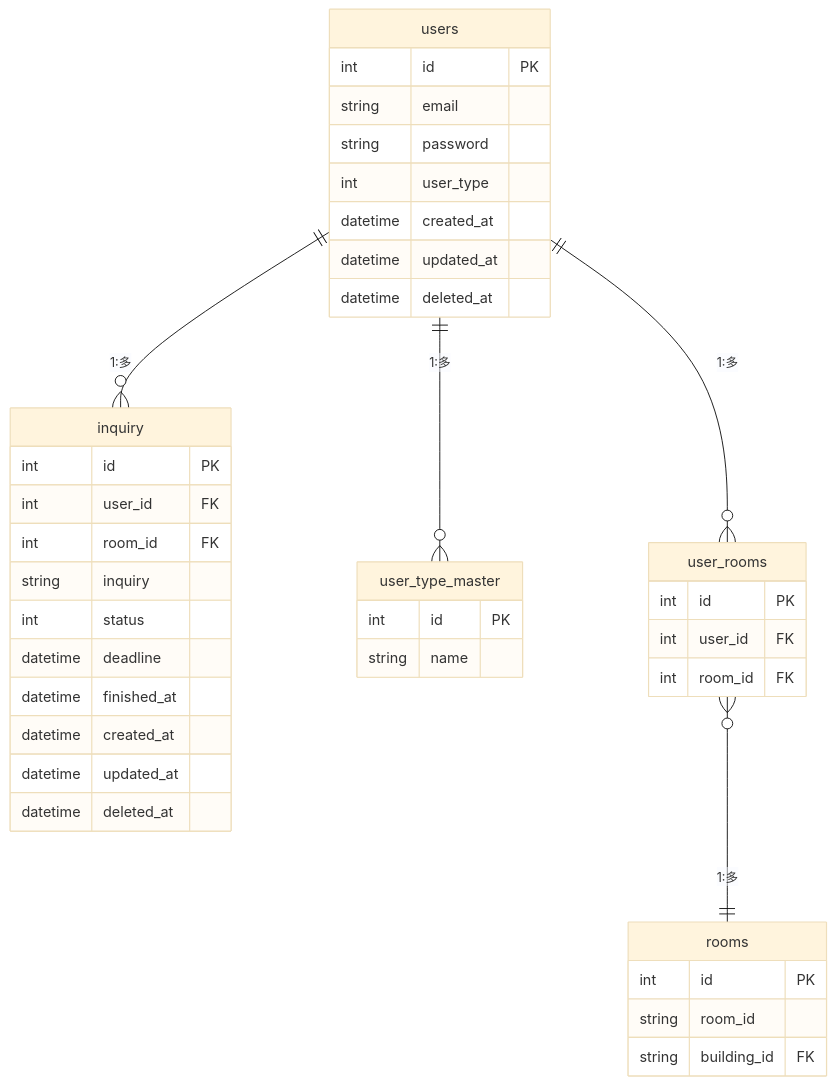
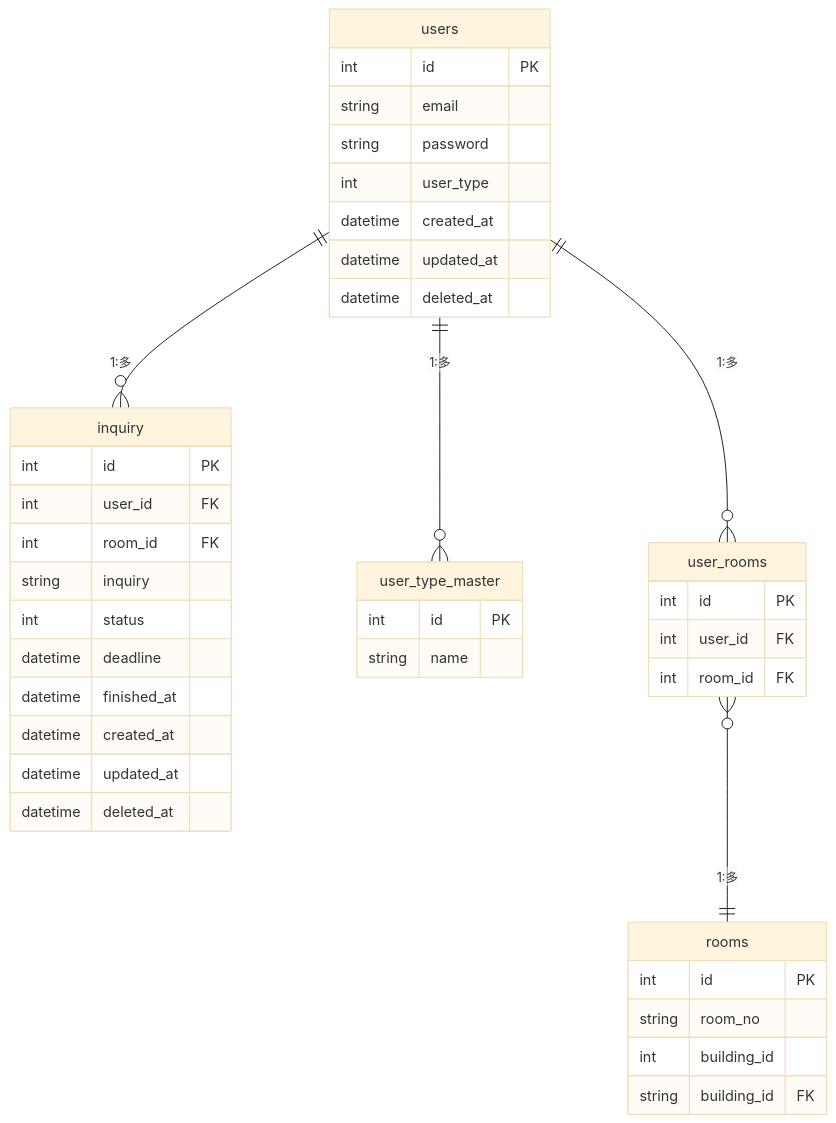
Before and after one commit to rictusempra52/APIkadai: the diagram in db_design/db_design.md, drawn with Mermaid (base theme). The commit also changed 4 other files, not shown here.

````diff
--- a/db_design/db_design.md
+++ b/db_design/db_design.md
@@ -3,48 +3,49 @@
 ```mermaid
 erDiagram
 
 users ||--o{ inquiry : "1:多"
 users ||--o{ user_type_master : "1:多"
 users ||--o{ user_rooms : "1:多"
 user_rooms }o--|| rooms : "1:多"
 
 users {
     int id PK
     string email
     string  password
     int user_type
     datetime created_at
     datetime updated_at
     datetime deleted_at
 }
 
 user_rooms {
     int id PK
     int user_id FK
     int room_id FK
 }
 
 rooms {
     int id PK
-    string room_id
+    string room_no
+    int building_id
     string building_id FK
 }
 
 inquiry {
     int id PK
     int user_id FK
     int room_id FK
     string inquiry
     int status
     datetime deadline
     datetime finished_at
     datetime created_at
     datetime updated_at
     datetime deleted_at
 }
 
 user_type_master {
     int id PK
     string name
 }
 ```
````
